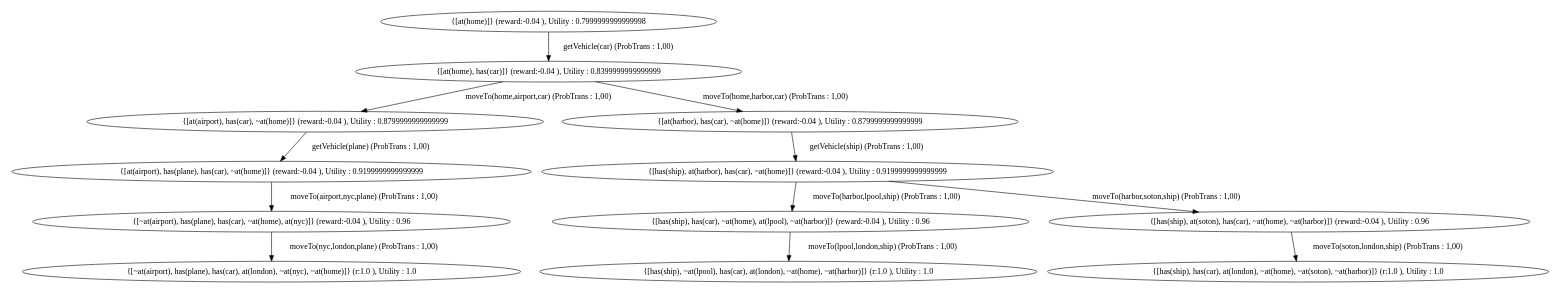
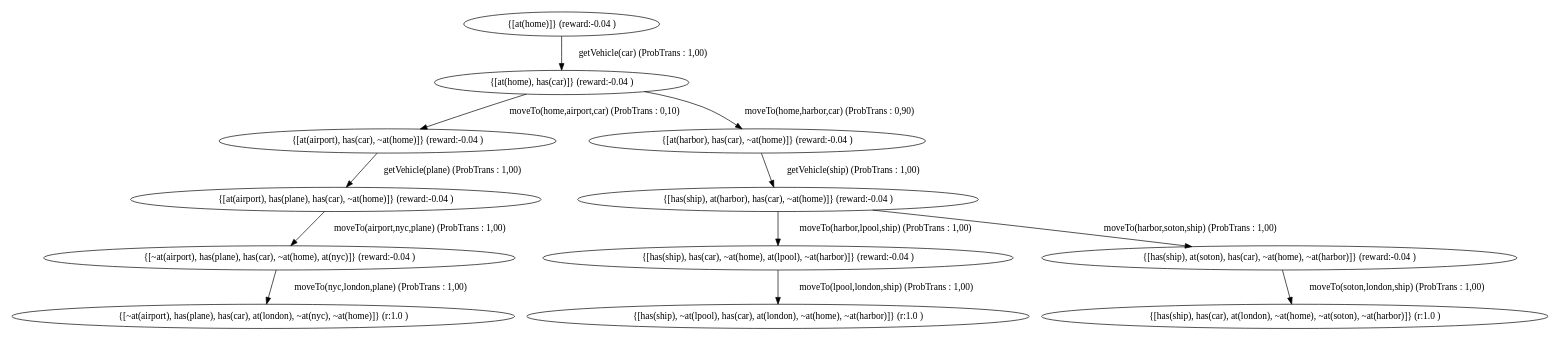
One commit to htiraHatem/CHIMP_MDP changed the diagram in chimp/src/main/java/examples/MDP/gotolondon/gotolondonGraph.dot. Above: the diagram before and after it, drawn with Graphviz. The commit also changed 1 other file, not shown here.

```diff
--- a/chimp/src/main/java/examples/MDP/gotolondon/gotolondonGraph.dot
+++ b/chimp/src/main/java/examples/MDP/gotolondon/gotolondonGraph.dot
@@ -1,26 +1,26 @@
 digraph {
  size="18,11";
-"5" [label="{[~at(airport), has(plane), has(car), at(london), ~at(nyc), ~at(home)]} (r:1.0 ), Utility : 1.0 "];
-"9" [label="{[has(ship), ~at(lpool), has(car), at(london), ~at(home), ~at(harbor)]} (r:1.0 ), Utility : 1.0 "];
-"11" [label="{[has(ship), has(car), at(london), ~at(home), ~at(soton), ~at(harbor)]} (r:1.0 ), Utility : 1.0 "];
-"0" [label="{[at(home)]} (reward:-0.04 ), Utility : 0.7999999999999998 "];
-"1" [label="{[at(home), has(car)]} (reward:-0.04 ), Utility : 0.8399999999999999 "];
-"2" [label="{[at(airport), has(car), ~at(home)]} (reward:-0.04 ), Utility : 0.8799999999999999 "];
-"3" [label="{[at(airport), has(plane), has(car), ~at(home)]} (reward:-0.04 ), Utility : 0.9199999999999999 "];
-"4" [label="{[~at(airport), has(plane), has(car), ~at(home), at(nyc)]} (reward:-0.04 ), Utility : 0.96 "];
-"6" [label="{[at(harbor), has(car), ~at(home)]} (reward:-0.04 ), Utility : 0.8799999999999999 "];
-"7" [label="{[has(ship), at(harbor), has(car), ~at(home)]} (reward:-0.04 ), Utility : 0.9199999999999999 "];
-"8" [label="{[has(ship), has(car), ~at(home), at(lpool), ~at(harbor)]} (reward:-0.04 ), Utility : 0.96 "];
-"10" [label="{[has(ship), at(soton), has(car), ~at(home), ~at(harbor)]} (reward:-0.04 ), Utility : 0.96 "];
+"5" [label="{[~at(airport), has(plane), has(car), at(london), ~at(nyc), ~at(home)]} (r:1.0 ) "];
+"9" [label="{[has(ship), ~at(lpool), has(car), at(london), ~at(home), ~at(harbor)]} (r:1.0 ) "];
+"11" [label="{[has(ship), has(car), at(london), ~at(home), ~at(soton), ~at(harbor)]} (r:1.0 ) "];
+"0" [label="{[at(home)]} (reward:-0.04 ) "];
+"1" [label="{[at(home), has(car)]} (reward:-0.04 ) "];
+"2" [label="{[at(airport), has(car), ~at(home)]} (reward:-0.04 ) "];
+"3" [label="{[at(airport), has(plane), has(car), ~at(home)]} (reward:-0.04 ) "];
+"4" [label="{[~at(airport), has(plane), has(car), ~at(home), at(nyc)]} (reward:-0.04 ) "];
+"6" [label="{[at(harbor), has(car), ~at(home)]} (reward:-0.04 ) "];
+"7" [label="{[has(ship), at(harbor), has(car), ~at(home)]} (reward:-0.04 ) "];
+"8" [label="{[has(ship), has(car), ~at(home), at(lpool), ~at(harbor)]} (reward:-0.04 ) "];
+"10" [label="{[has(ship), at(soton), has(car), ~at(home), ~at(harbor)]} (reward:-0.04 ) "];
 "0" -> "1" [ label="getVehicle(car) (ProbTrans : 1,00)" ];
-"1" -> "2" [ label="moveTo(home,airport,car) (ProbTrans : 1,00)" ];
-"1" -> "6" [ label="moveTo(home,harbor,car) (ProbTrans : 1,00)" ];
+"1" -> "2" [ label="moveTo(home,airport,car) (ProbTrans : 0,10)" ];
+"1" -> "6" [ label="moveTo(home,harbor,car) (ProbTrans : 0,90)" ];
 "2" -> "3" [ label="getVehicle(plane) (ProbTrans : 1,00)" ];
 "3" -> "4" [ label="moveTo(airport,nyc,plane) (ProbTrans : 1,00)" ];
 "4" -> "5" [ label="moveTo(nyc,london,plane) (ProbTrans : 1,00)" ];
 "6" -> "7" [ label="getVehicle(ship) (ProbTrans : 1,00)" ];
 "7" -> "8" [ label="moveTo(harbor,lpool,ship) (ProbTrans : 1,00)" ];
 "7" -> "10" [ label="moveTo(harbor,soton,ship) (ProbTrans : 1,00)" ];
 "8" -> "9" [ label="moveTo(lpool,london,ship) (ProbTrans : 1,00)" ];
 "10" -> "11" [ label="moveTo(soton,london,ship) (ProbTrans : 1,00)" ];
 }
```
